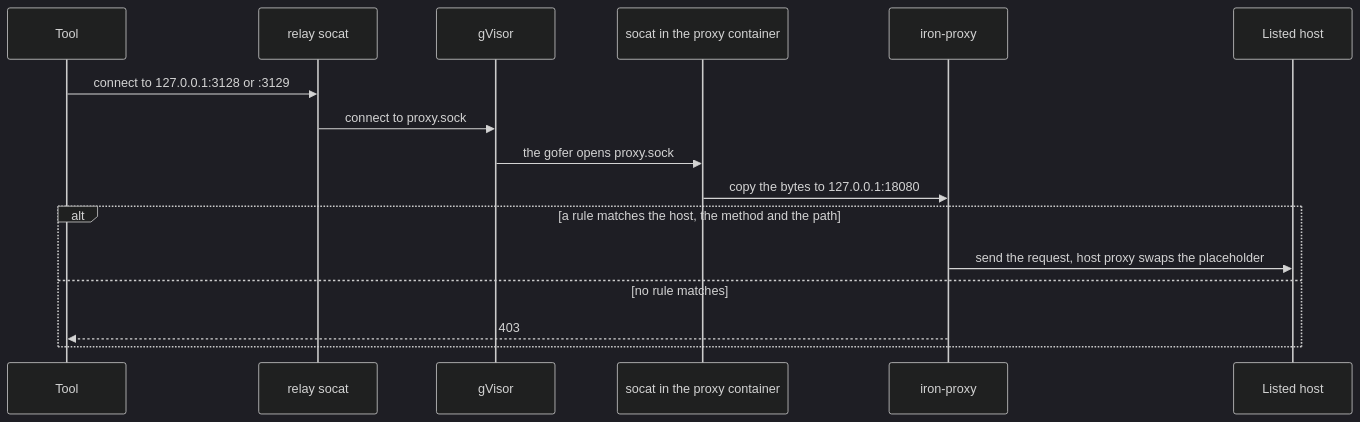
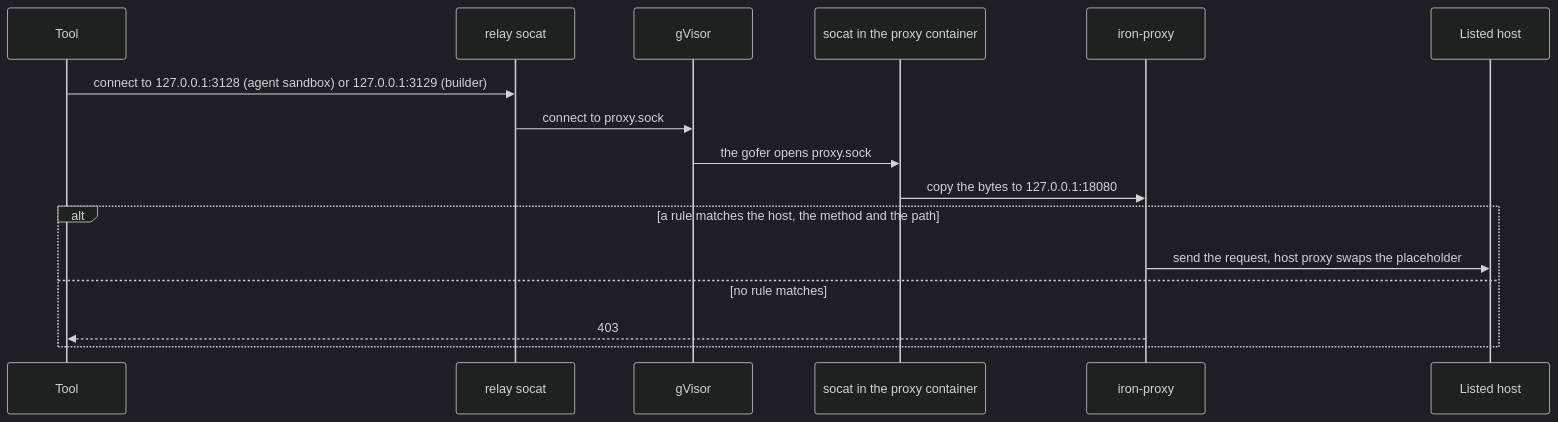
Before and after one commit to raghav19/engineersdaybook: the first of 4 diagrams in .sandbox/docs/internals.md, drawn with Mermaid (dark theme). The commit also changed other lines of this file and 6 other files, not shown here.

````diff
--- a/.sandbox/docs/internals.md
+++ b/.sandbox/docs/internals.md
@@ -31,18 +31,18 @@
 ```mermaid
 sequenceDiagram
     participant Tool
     participant Relay as relay socat
     participant gVisor
     participant Socat as socat in the proxy container
     participant Proxy as iron-proxy
     participant Host as Listed host
-    Tool->>Relay: connect to 127.0.0.1:3128 or :3129
+    Tool->>Relay: connect to 127.0.0.1:3128 (agent sandbox) or 127.0.0.1:3129 (builder)
     Relay->>gVisor: connect to proxy.sock
     gVisor->>Socat: the gofer opens proxy.sock
     Socat->>Proxy: copy the bytes to 127.0.0.1:18080
     alt a rule matches the host, the method and the path
         Proxy->>Host: send the request, host proxy swaps the placeholder
     else no rule matches
         Proxy-->>Tool: 403
     end
 ```
````
